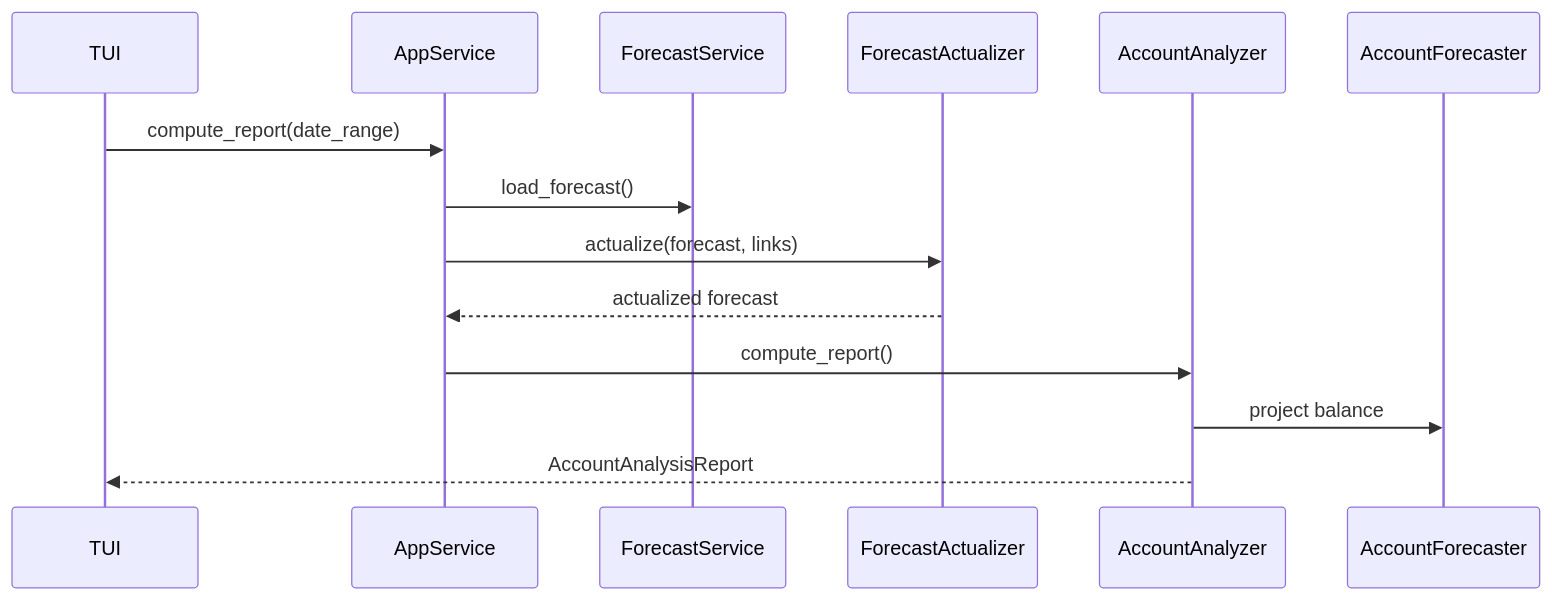
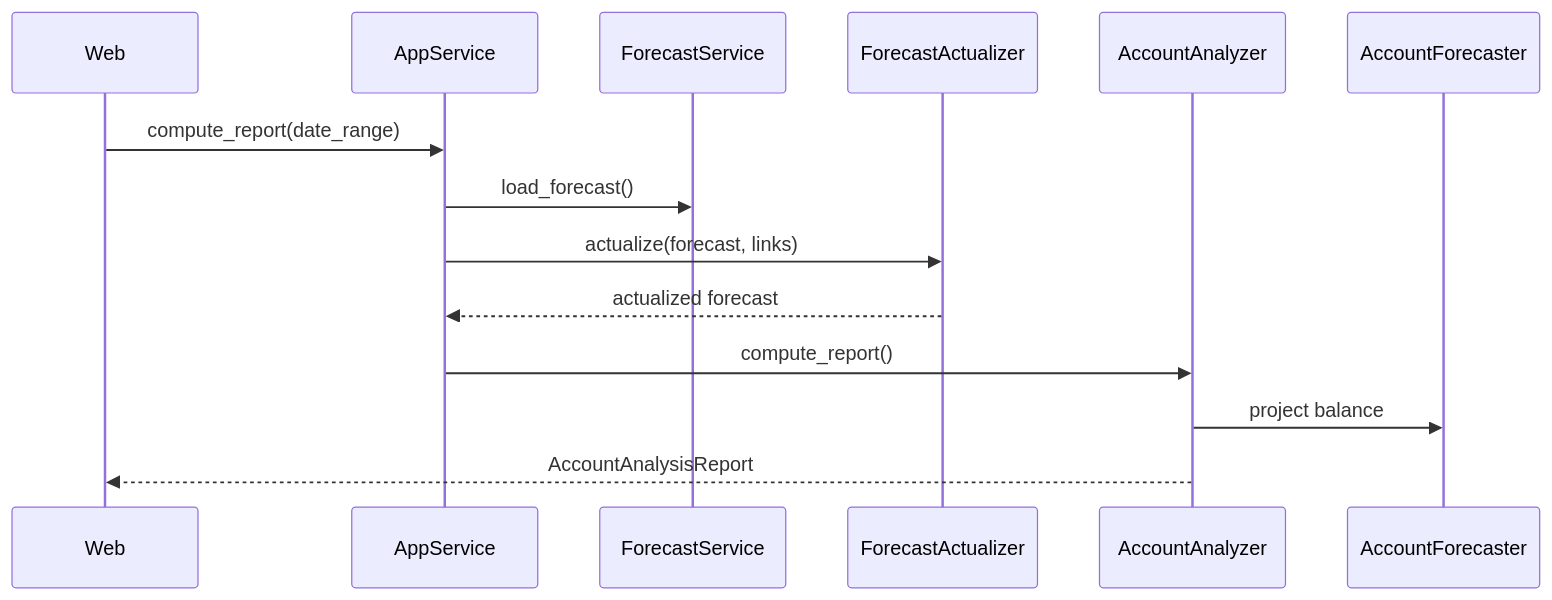
Before and after one commit to corentin-core/budget-forecaster: the third of 6 diagrams in docs/dev/forecast.md, drawn with Mermaid. The commit also changed 94 other files, not shown here.

First line of the commit message:
refactor: Retire the TUI in favor of the web app (#327)

````diff
--- a/docs/dev/forecast.md
+++ b/docs/dev/forecast.md
@@ -93,17 +93,17 @@
 ```mermaid
 sequenceDiagram
-    participant TUI
+    participant Web
     participant AppService
     participant ForecastService
     participant ForecastActualizer
     participant AccountAnalyzer
     participant AccountForecaster
 
-    TUI->>AppService: compute_report(date_range)
+    Web->>AppService: compute_report(date_range)
     AppService->>ForecastService: load_forecast()
     AppService->>ForecastActualizer: actualize(forecast, links)
     ForecastActualizer-->>AppService: actualized forecast
     AppService->>AccountAnalyzer: compute_report()
     AccountAnalyzer->>AccountForecaster: project balance
-    AccountAnalyzer-->>TUI: AccountAnalysisReport
+    AccountAnalyzer-->>Web: AccountAnalysisReport
 ```
````
